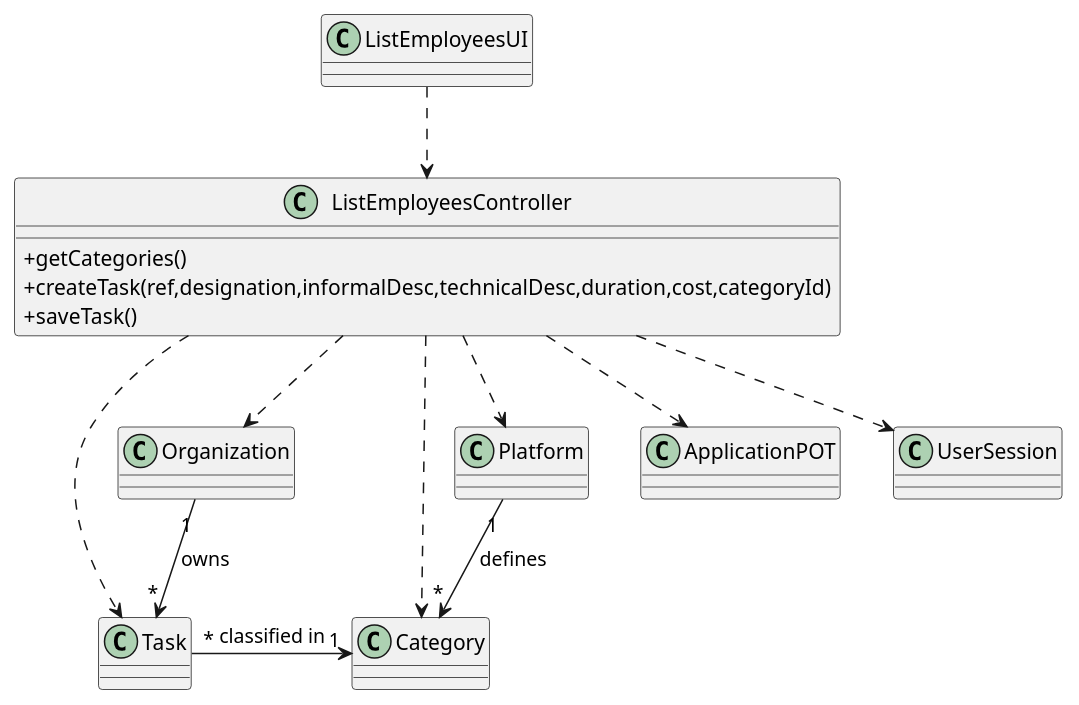
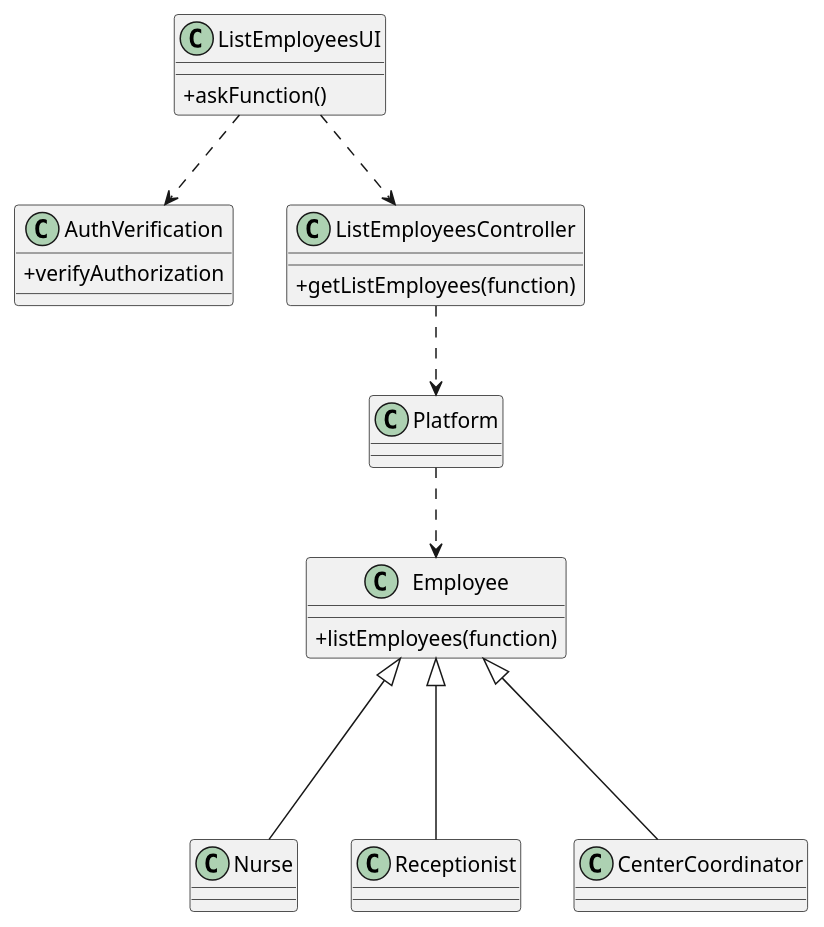
The diagram in docs/SprintB/UserStories/US11/US11_CD.puml (diogonapoles/isep-lapr2), drawn with PlantUML before and after one commit. The commit also changed 6 other files, not shown here.

```diff
--- a/docs/SprintB/UserStories/US11/US11_CD.puml
+++ b/docs/SprintB/UserStories/US11/US11_CD.puml
@@ -1,37 +1,39 @@
 @startuml
 skinparam classAttributeIconSize 0
 
 
 
 
 
 
+class Employee {
++listEmployees(function)
+}
 
 
 
-
+class AuthVerification{
++verifyAuthorization
+}
 
 
 class ListEmployeesController {
-  +getCategories()
-  +createTask(ref,designation,informalDesc,technicalDesc,duration,cost,categoryId)
-  +saveTask()
+  +getListEmployees(function)
+
 }
 
 class ListEmployeesUI {
-
++askFunction()
 }
 
 ListEmployeesUI ..> ListEmployeesController
 ListEmployeesController ..> Platform
-ListEmployeesController ..> Category
-ListEmployeesController ..> Task
-ListEmployeesController ..> Organization
-ListEmployeesController ..> ApplicationPOT
-ListEmployeesController ..> UserSession
-Task "*" -> "1" Category : classified in
-Platform "1" --> "*" Category : defines
-Organization "1" --> "*" Task : owns
+Platform ..> Employee
+Employee <|--- Nurse
+Employee <|--- Receptionist
+Employee <|--- CenterCoordinator
+ListEmployeesUI ..> AuthVerification
+
 
 
 @enduml
```
